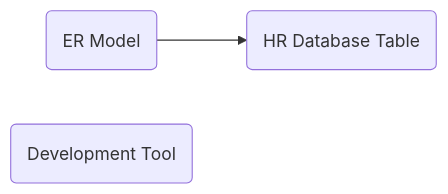
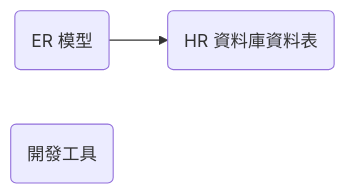
Before and after one commit to hychen39/oce_sql: the diagram in course_practices/ws1-u01_ch.md, drawn with Mermaid. The commit also changed other lines of this file and 18 other files, not shown here.

````diff
--- a/course_practices/ws1-u01_ch.md
+++ b/course_practices/ws1-u01_ch.md
@@ -17,7 +17,7 @@
 ```mermaid
 graph LR;
-HRDBTable("HR Database Table");
+HRDBTable("HR 資料庫資料表");
 
-ERModel("ER Model")-->HRDBTable;
-DevTool("Development Tool")
+ERModel("ER 模型")-->HRDBTable;
+DevTool("開發工具")
 ```
````
